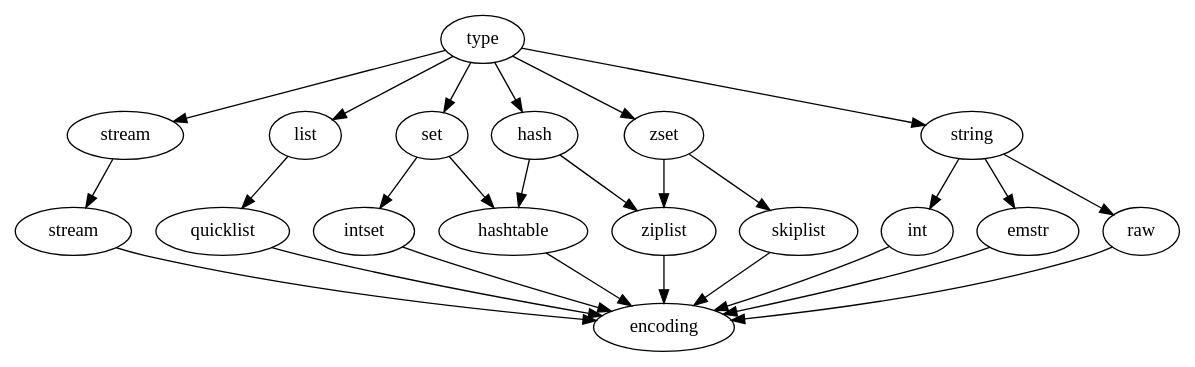
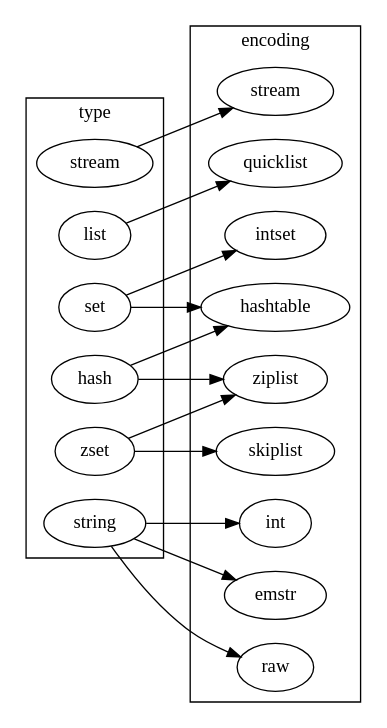
The diagram in docs/CS/DB/Redis/struct.md (Robinpig/Note), drawn with Graphviz before and after one commit. The commit also changed other lines of this file and 1 other file, not shown here.

````diff
--- a/docs/CS/DB/Redis/struct.md
+++ b/docs/CS/DB/Redis/struct.md
@@ -62,42 +62,39 @@
 ```dot
 strict digraph  {
 autosize=false;
 
+rankdir=LR;
+
+  subgraph cluster_Type {
+        label="type"
+      
+        {rank="same";stream;list;set;hash;zset;string;}
+  }
+
+  subgraph cluster_Encoding {
+      label="encoding"
+      stream_encoding[label="stream"]
  
- type -> stream;
- type -> list;
- type -> set;
- type -> hash;
- type -> zset;
- type -> string;
- 
+    {rank="same";quicklist;intset;hashtable;ziplist;skiplist;int;emstr;raw;stream_encoding;}
+  }
+  
  list -> quicklist;
- 
+
  set -> intset;
  set -> hashtable;
  
  hash -> hashtable;
  hash -> ziplist;
 
  zset -> ziplist;
  zset -> skiplist; 
  
  string -> int;
  string -> emstr;
  string -> raw;
  
- stream_encoding[label="stream"]
  stream -> stream_encoding;
- 
-  quicklist -> encoding;
-  intset -> encoding;
-  hashtable -> encoding;
-  ziplist -> encoding;
-  skiplist -> encoding;
-  int -> encoding;
-  emstr -> encoding;
-  raw -> encoding;
-  stream_encoding -> encoding;
+  
 
 }
 ```
````
